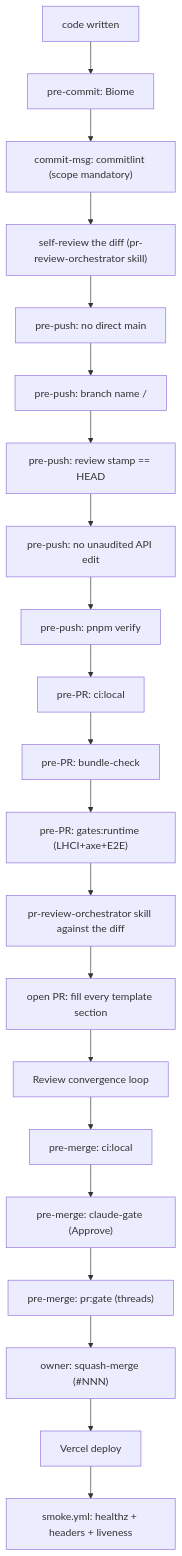
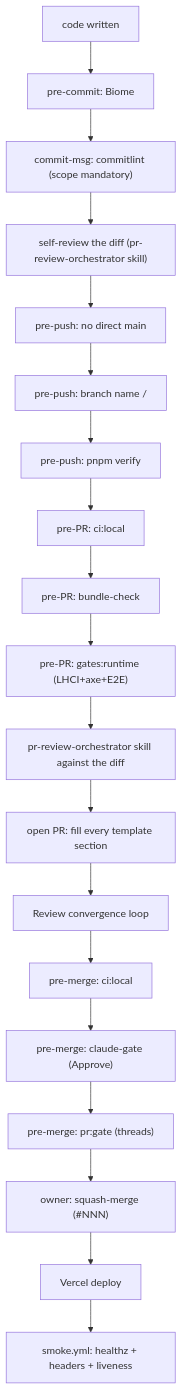
The first of 2 diagrams in docs/handbook/review-merge-release.md (erikunha/portfolio), drawn with Mermaid before and after one commit. The commit also changed 9 other files, not shown here.

First line of the commit message:
docs(handbook): no current page describes the removed stamp or 4-agent review

````diff
--- a/docs/handbook/review-merge-release.md
+++ b/docs/handbook/review-merge-release.md
@@ -7,23 +7,21 @@
 ```mermaid
 flowchart TD
     write["code written"] --> c1["pre-commit: Biome"]
     c1 --> c2["commit-msg: commitlint (scope mandatory)"]
     c2 --> selfreview["self-review the diff (pr-review-orchestrator skill)"]
     selfreview --> p1["pre-push: no direct main"]
     p1 --> p2["pre-push: branch name <type>/<desc>"]
-    p2 --> p3["pre-push: review stamp == HEAD"]
-    p3 --> p4["pre-push: no unaudited API edit"]
-    p4 --> p5["pre-push: pnpm verify"]
+    p2 --> p5["pre-push: pnpm verify"]
     p5 --> r1["pre-PR: ci:local"]
     r1 --> r2["pre-PR: bundle-check"]
     r2 --> r4["pre-PR: gates:runtime (LHCI+axe+E2E)"]
     r4 --> r5["pr-review-orchestrator skill against the diff"]
     r5 --> o1["open PR: fill every template section"]
     o1 --> o2["Review convergence loop"]
     o2 --> m1["pre-merge: ci:local"]
     m1 --> m3["pre-merge: claude-gate (Approve)"]
     m3 --> m4["pre-merge: pr:gate (threads)"]
     m4 --> merge["owner: squash-merge (#NNN)"]
     merge --> deploy["Vercel deploy"]
     deploy --> smoke["smoke.yml: healthz + headers + liveness"]
 ```
````
